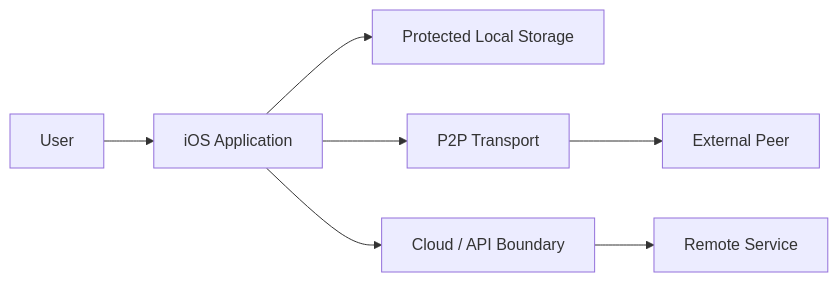
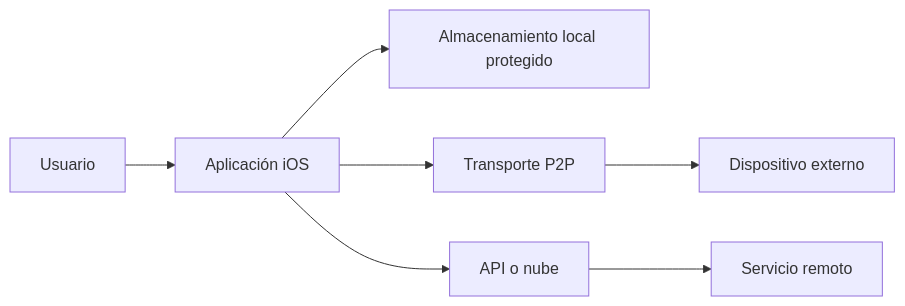
One commit to frangonzas/frangonzas changed the diagram in docs/THREAT-MODEL.md. Above: the diagram before and after it, drawn with Mermaid. The commit also changed other lines of this file and 4 other files, not shown here.

````diff
--- a/docs/THREAT-MODEL.md
+++ b/docs/THREAT-MODEL.md
@@ -17,9 +9,9 @@
-```mermaid
+~~~mermaid
 flowchart LR
-    U[User] --> A[iOS Application]
-    A --> K[Protected Local Storage]
-    A --> P[P2P Transport]
-    A --> C[Cloud / API Boundary]
-    P --> X[External Peer]
-    C --> S[Remote Service]
-```
+    U[Usuario] --> A[Aplicación iOS]
+    A --> K[Almacenamiento local protegido]
+    A --> P[Transporte P2P]
+    A --> C[API o nube]
+    P --> X[Dispositivo externo]
+    C --> S[Servicio remoto]
+~~~
````
